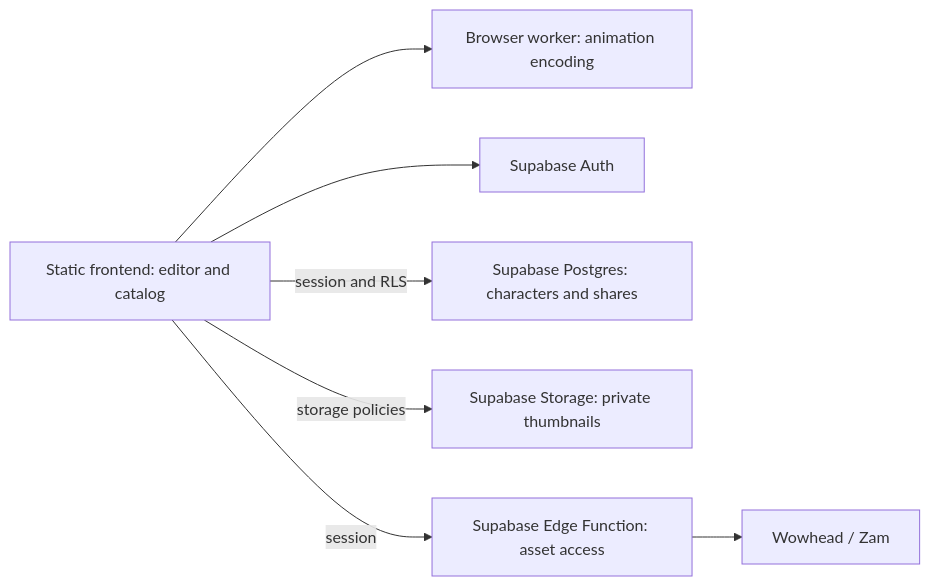
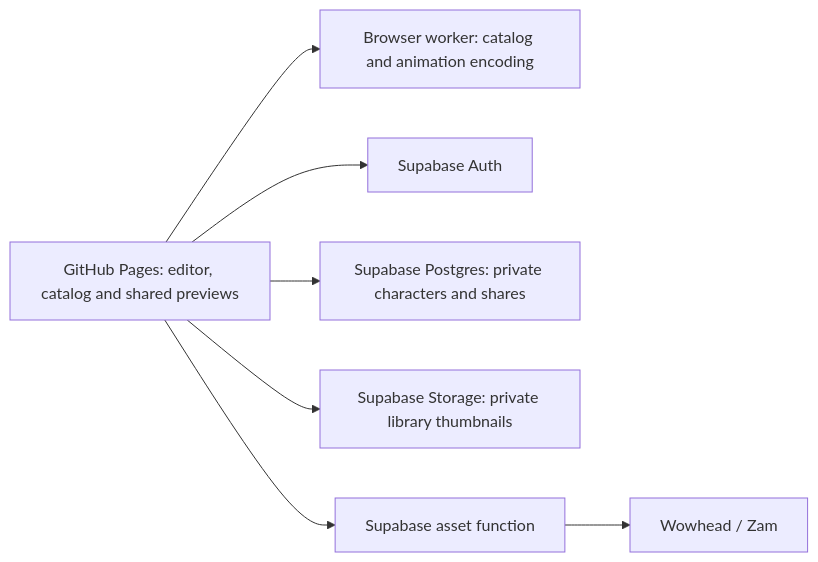
Before and after one commit to lolfrad/dnd-wow-campaign-charactercreator: the diagram in app/CLOUD-PLAN.md, drawn with Mermaid. The commit also changed other lines of this file and 44 other files, not shown here.

Commit message:
Connect Supabase accounts and GitHub Pages runtime

````diff
--- a/app/CLOUD-PLAN.md
+++ b/app/CLOUD-PLAN.md
@@ -18,16 +16,16 @@
 ```mermaid
 flowchart LR
-  Frontend[Static frontend: editor and catalog]
-  Encoder[Browser worker: animation encoding]
+  Pages[GitHub Pages: editor, catalog and shared previews]
+  Worker[Browser worker: catalog and animation encoding]
   Auth[Supabase Auth]
-  DB[Supabase Postgres: characters and shares]
-  Storage[Supabase Storage: private thumbnails]
-  Proxy[Supabase Edge Function: asset access]
-  Assets[Wowhead / Zam]
-  Frontend --> Encoder
-  Frontend --> Auth
-  Frontend -->|session and RLS| DB
-  Frontend -->|storage policies| Storage
-  Frontend -->|session| Proxy
-  Proxy --> Assets
+  DB[Supabase Postgres: private characters and shares]
+  Storage[Supabase Storage: private library thumbnails]
+  Assets[Supabase asset function]
+  Upstream[Wowhead / Zam]
+  Pages --> Worker
+  Pages --> Auth
+  Pages --> DB
+  Pages --> Storage
+  Pages --> Assets
+  Assets --> Upstream
 ```
````
